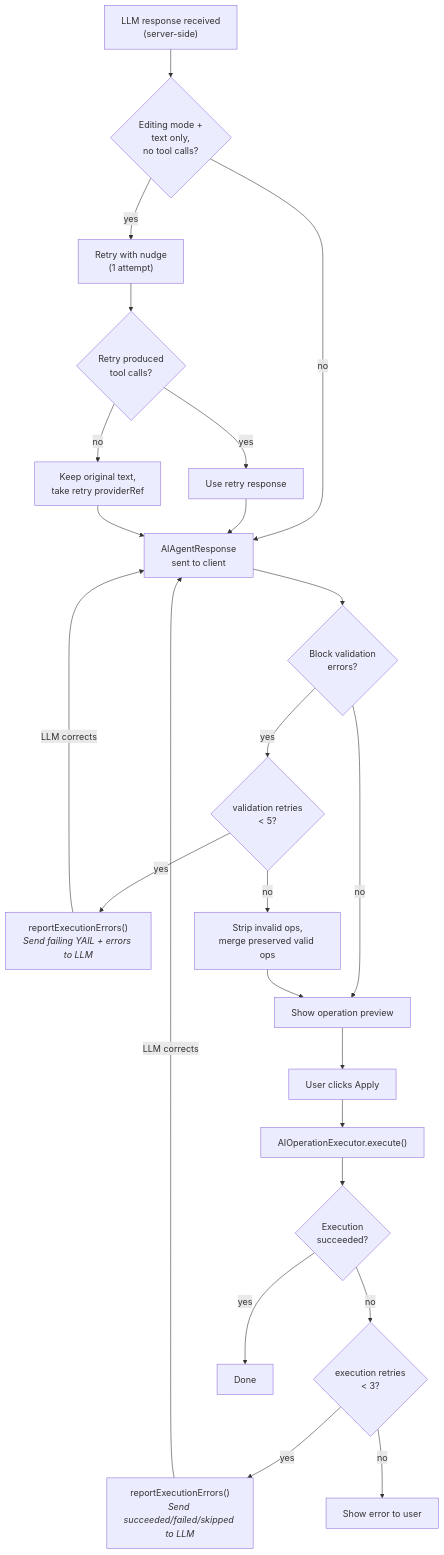
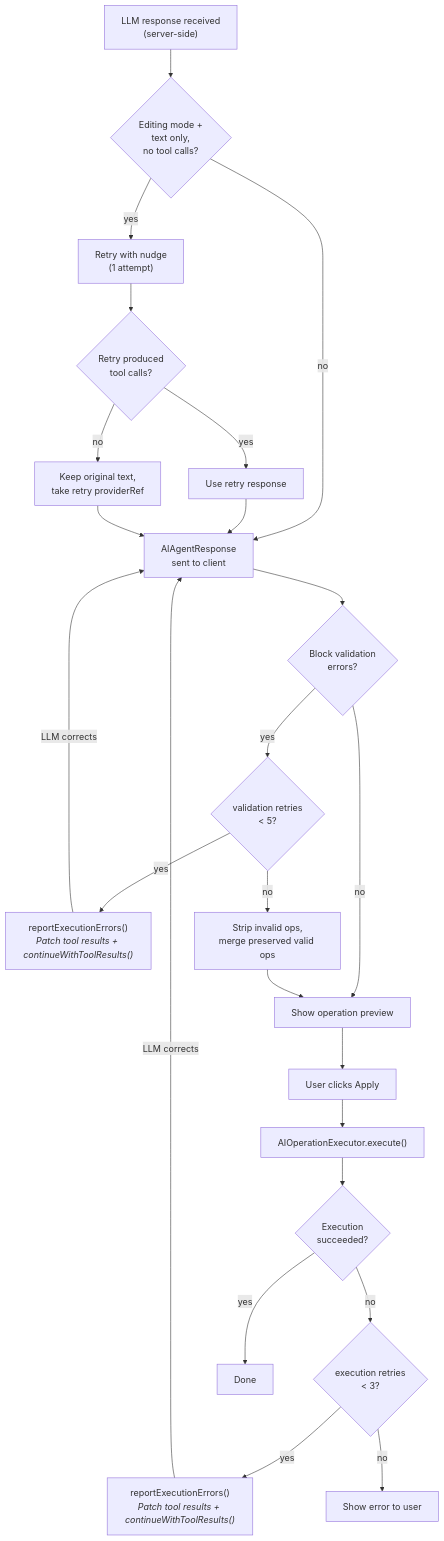
The tenth of 13 diagrams in CONTRIBUTING_AI.md (mit-cml/appinventor-sources), drawn with Mermaid before and after one commit. The commit also changed other lines of this file and 13 other files, not shown here.

````diff
--- a/CONTRIBUTING_AI.md
+++ b/CONTRIBUTING_AI.md
@@ -683,40 +686,40 @@
 ```mermaid
 flowchart TD
     LLMResp["LLM response received<br/>(server-side)"]
     NCheck{"Editing mode +<br/>text only,<br/>no tool calls?"}
     Nudge["Retry with nudge<br/>(1 attempt)"]
     NResult{"Retry produced<br/>tool calls?"}
     UseRetry["Use retry response"]
     UseOrig["Keep original text,<br/>take retry providerRef"]
 
     Resp["AIAgentResponse<br/>sent to client"]
     VCheck{"Block validation<br/>errors?"}
     VRetry{"validation retries<br/>< 5?"}
-    VReport["reportExecutionErrors()<br/><i>Send failing YAIL + errors to LLM</i>"]
+    VReport["reportExecutionErrors()<br/><i>Patch tool results + continueWithToolResults()</i>"]
     VStrip["Strip invalid ops,<br/>merge preserved valid ops"]
     Preview["Show operation preview"]
     Apply["User clicks Apply"]
     Execute["AIOperationExecutor.execute()"]
     ECheck{"Execution<br/>succeeded?"}
     ERetry{"execution retries<br/>< 3?"}
-    EReport["reportExecutionErrors()<br/><i>Send succeeded/failed/skipped to LLM</i>"]
+    EReport["reportExecutionErrors()<br/><i>Patch tool results + continueWithToolResults()</i>"]
     Done["Done"]
     Fail["Show error to user"]
 
     LLMResp --> NCheck
     NCheck -->|yes| Nudge --> NResult
     NCheck -->|no| Resp
     NResult -->|yes| UseRetry --> Resp
     NResult -->|no| UseOrig --> Resp
 
     Resp --> VCheck
     VCheck -->|no| Preview
     VCheck -->|yes| VRetry
     VRetry -->|yes| VReport -->|"LLM corrects"| Resp
     VRetry -->|no| VStrip --> Preview
     Preview --> Apply --> Execute --> ECheck
     ECheck -->|yes| Done
     ECheck -->|no| ERetry
     ERetry -->|yes| EReport -->|"LLM corrects"| Resp
     ERetry -->|no| Fail
 ```
````
